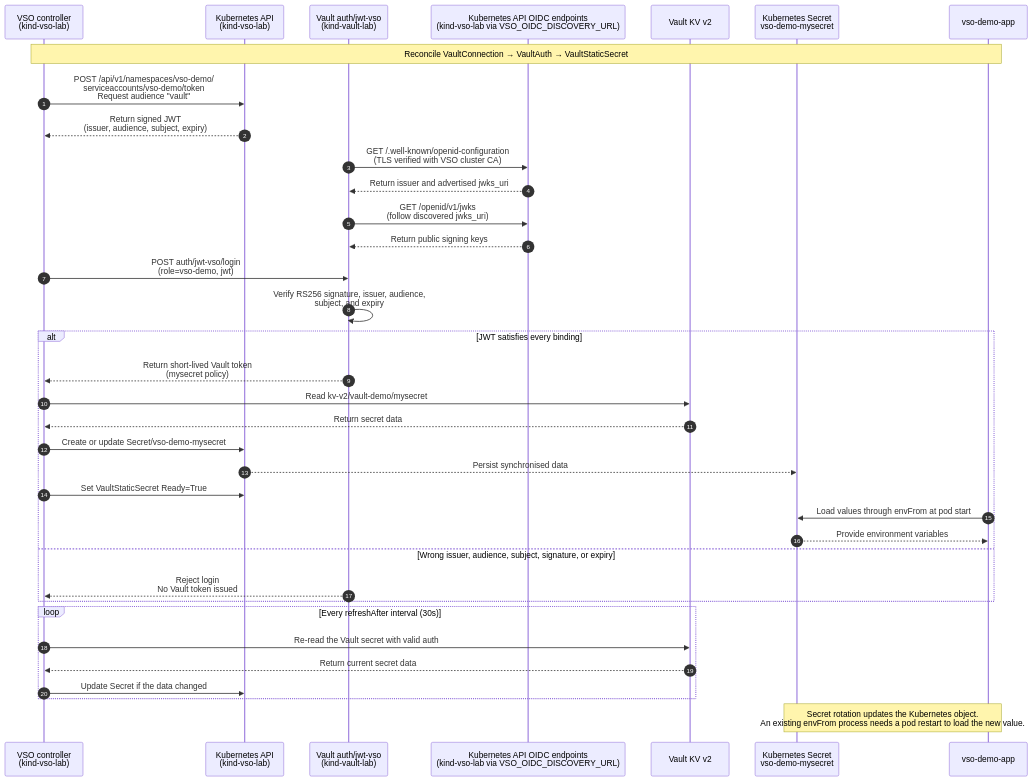
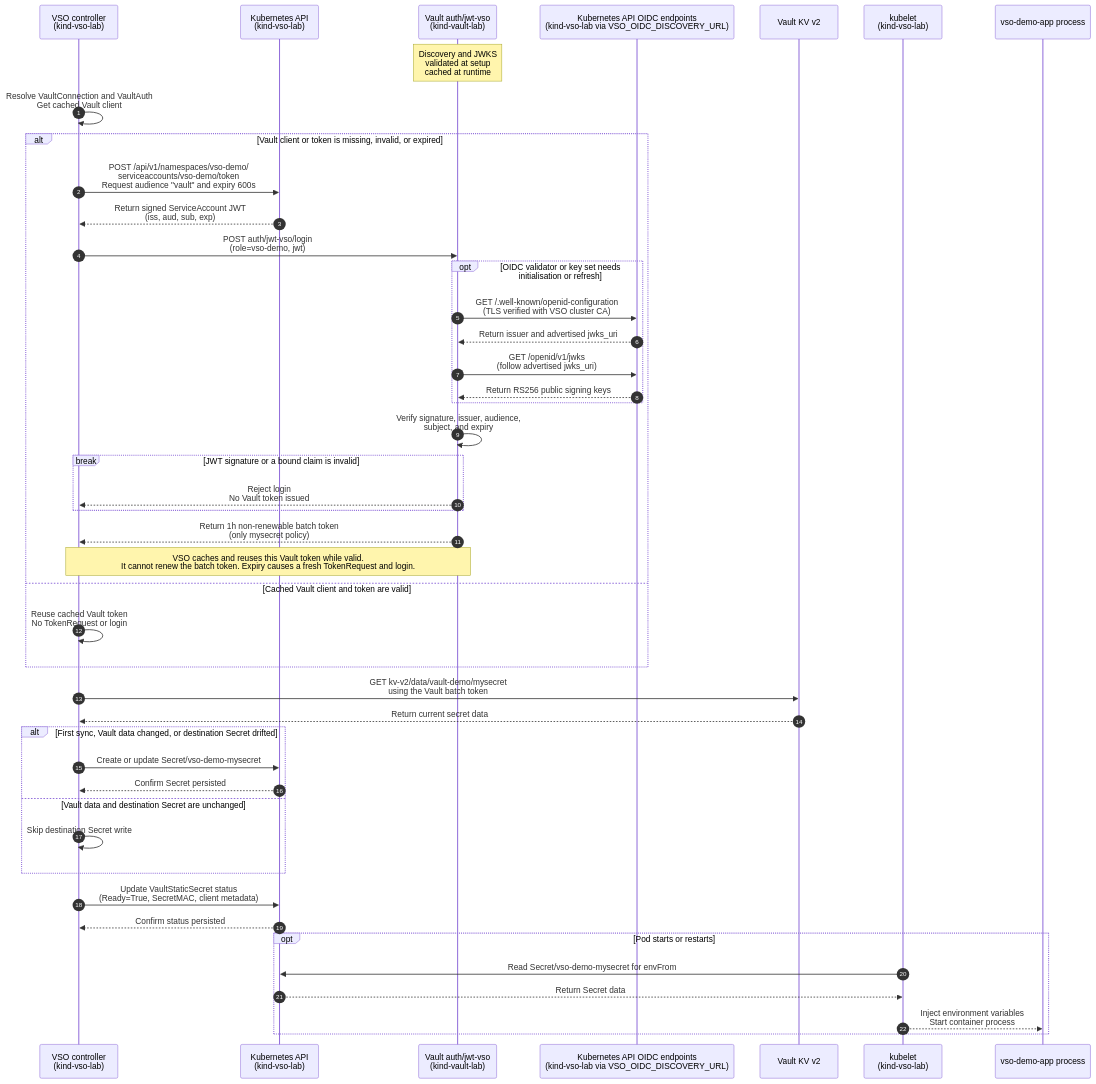
The second of 2 diagrams in docs/vso-jwt-oidc-demo.md (songlining/vault-k8s-demo), drawn with Mermaid before and after one commit. The commit also changed other lines of this file and 21 other files, not shown here.

````diff
--- a/docs/vso-jwt-oidc-demo.md
+++ b/docs/vso-jwt-oidc-demo.md
@@ -219,42 +172,57 @@
 ```mermaid
 sequenceDiagram
   autonumber
   participant VSO as VSO controller<br/>(kind-vso-lab)
   participant K8s as Kubernetes API<br/>(kind-vso-lab)
   participant Vault as Vault auth/jwt-vso<br/>(kind-vault-lab)
   participant OIDC as Kubernetes API OIDC endpoints<br/>(kind-vso-lab via VSO_OIDC_DISCOVERY_URL)
   participant KV as Vault KV v2
-  participant Secret as Kubernetes Secret<br/>vso-demo-mysecret
-  participant App as vso-demo-app
+  participant Kubelet as kubelet<br/>(kind-vso-lab)
+  participant App as vso-demo-app process
 
-  Note over VSO,App: Reconcile VaultConnection → VaultAuth → VaultStaticSecret
-  VSO->>K8s: POST /api/v1/namespaces/vso-demo/<br/>serviceaccounts/vso-demo/token<br/>Request audience "vault"
-  K8s-->>VSO: Return signed JWT<br/>(issuer, audience, subject, expiry)
-  Vault->>OIDC: GET /.well-known/openid-configuration<br/>(TLS verified with VSO cluster CA)
-  OIDC-->>Vault: Return issuer and advertised jwks_uri
-  Vault->>OIDC: GET /openid/v1/jwks<br/>(follow discovered jwks_uri)
-  OIDC-->>Vault: Return public signing keys
-  VSO->>Vault: POST auth/jwt-vso/login<br/>(role=vso-demo, jwt)
-  Vault->>Vault: Verify RS256 signature, issuer, audience,<br/>subject, and expiry
+  Note over Vault: Discovery and JWKS<br/>validated at setup<br/>cached at runtime
 
-  alt JWT satisfies every binding
-    Vault-->>VSO: Return short-lived Vault token<br/>(mysecret policy)
-    VSO->>KV: Read kv-v2/vault-demo/mysecret
-    KV-->>VSO: Return secret data
-    VSO->>K8s: Create or update Secret/vso-demo-mysecret
-    K8s-->>Secret: Persist synchronised data
-    VSO->>K8s: Set VaultStaticSecret Ready=True
-    App->>Secret: Load values through envFrom at pod start
-    Secret-->>App: Provide environment variables
-  else Wrong issuer, audience, subject, signature, or expiry
-    Vault-->>VSO: Reject login<br/>No Vault token issued
+  VSO->>VSO: Resolve VaultConnection and VaultAuth<br/>Get cached Vault client
+
+  alt Vault client or token is missing, invalid, or expired
+    VSO->>K8s: POST /api/v1/namespaces/vso-demo/<br/>serviceaccounts/vso-demo/token<br/>Request audience "vault" and expiry 600s
+    K8s-->>VSO: Return signed ServiceAccount JWT<br/>(iss, aud, sub, exp)
+    VSO->>Vault: POST auth/jwt-vso/login<br/>(role=vso-demo, jwt)
+
+    opt OIDC validator or key set needs initialisation or refresh
+      Vault->>OIDC: GET /.well-known/openid-configuration<br/>(TLS verified with VSO cluster CA)
+      OIDC-->>Vault: Return issuer and advertised jwks_uri
+      Vault->>OIDC: GET /openid/v1/jwks<br/>(follow advertised jwks_uri)
+      OIDC-->>Vault: Return RS256 public signing keys
+    end
+
+    Vault->>Vault: Verify signature, issuer, audience,<br/>subject, and expiry
+    break JWT signature or a bound claim is invalid
+      Vault-->>VSO: Reject login<br/>No Vault token issued
+    end
+    Vault-->>VSO: Return 1h non-renewable batch token<br/>(only mysecret policy)
+    Note over VSO,Vault: VSO caches and reuses this Vault token while valid.<br/>It cannot renew the batch token. Expiry causes a fresh TokenRequest and login.
+  else Cached Vault client and token are valid
+    VSO->>VSO: Reuse cached Vault token<br/>No TokenRequest or login
   end
 
-  loop Every refreshAfter interval (30s)
-    VSO->>KV: Re-read the Vault secret with valid auth
-    KV-->>VSO: Return current secret data
-    VSO->>K8s: Update Secret if the data changed
+  VSO->>KV: GET kv-v2/data/vault-demo/mysecret<br/>using the Vault batch token
+  KV-->>VSO: Return current secret data
+
+  alt First sync, Vault data changed, or destination Secret drifted
+    VSO->>K8s: Create or update Secret/vso-demo-mysecret
+    K8s-->>VSO: Confirm Secret persisted
+  else Vault data and destination Secret are unchanged
+    VSO->>VSO: Skip destination Secret write
   end
 
-  Note over Secret,App: Secret rotation updates the Kubernetes object.<br/>An existing envFrom process needs a pod restart to load the new value.
+  VSO->>K8s: Update VaultStaticSecret status<br/>(Ready=True, SecretMAC, client metadata)
+  K8s-->>VSO: Confirm status persisted
+
+  opt Pod starts or restarts
+    Kubelet->>K8s: Read Secret/vso-demo-mysecret for envFrom
+    K8s-->>Kubelet: Return Secret data
+    Kubelet-->>App: Inject environment variables<br/>Start container process
+  end
+
 ```
````
